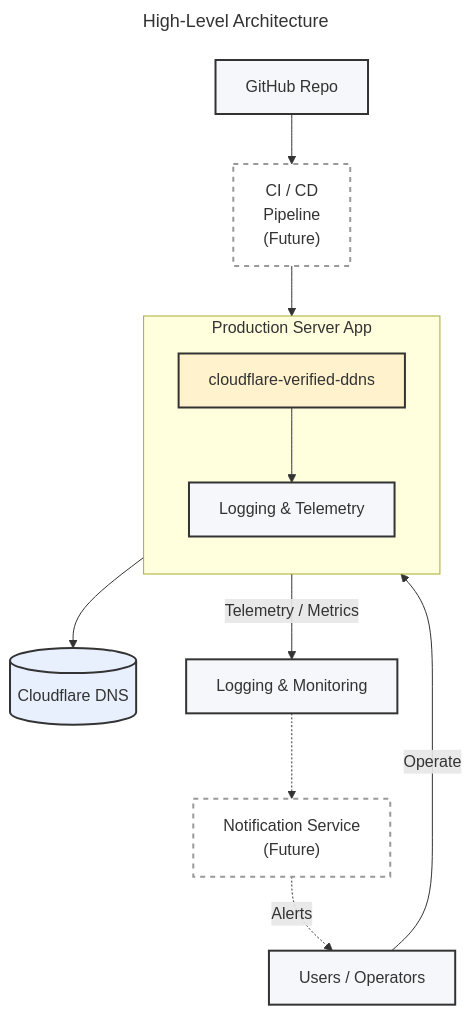
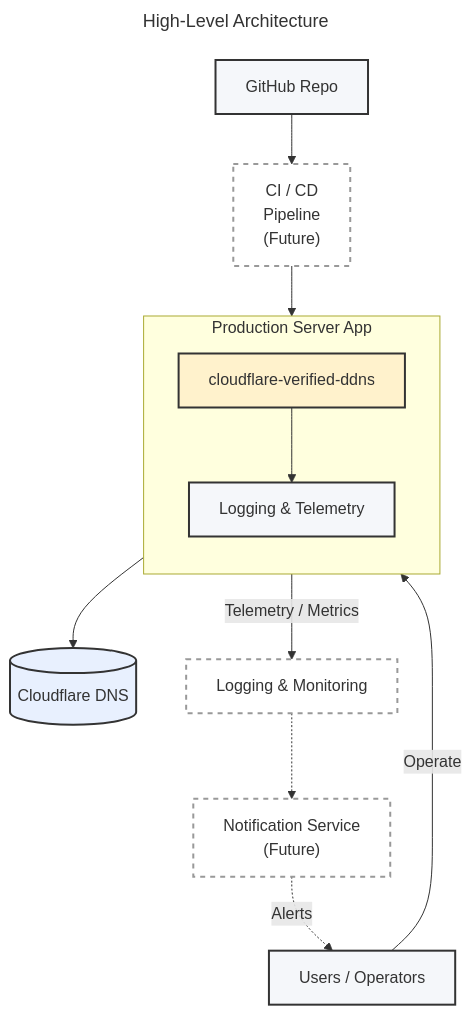
Before and after one commit to bkaewell/cloudflare-verified-ddns: the first of 12 diagrams in docs/ARCHITECTURE.md, drawn with Mermaid.

Commit message:
Experimenting with mermaid diagrams

````diff
--- a/docs/ARCHITECTURE.md
+++ b/docs/ARCHITECTURE.md
@@ -5,48 +5,48 @@
 ```mermaid
 ---
 title: High-Level Architecture
 ---
 flowchart TB
     %% Users & Repo
     USERS[Users / Operators]
     REPO[GitHub Repo]
     CICD["CI / CD<br/>Pipeline<br/>(Future)"]
 
     %% Host + Deployed Software
     subgraph APPBOX["Production Server App"]
         direction TB
         DDNS[cloudflare-verified-ddns]
         TLOG[Logging & Telemetry]
     end
 
     %% External Systems
     CF[(Cloudflare DNS)]
     LOGS[Logging & Monitoring]
     NOTIFY["Notification Service<br/>(Future)"]
 
     %% Core Flow
     USERS -->|Operate| DDNS
 
     REPO --> CICD
     CICD --> DDNS
     DDNS --> CF
 
     %% Observability & Feedback
     DDNS --> TLOG
     TLOG -->|Telemetry / Metrics| LOGS
     LOGS -.-> NOTIFY
     NOTIFY -.->|Alerts| USERS    
 
 
     %% Styling
     classDef core fill:#fff2cc,stroke:#333,stroke-width:2px;
     classDef neutral fill:#f5f7fa,stroke:#333,stroke-width:2px;
     classDef cloud fill:#e8f0fe,stroke:#333,stroke-width:2px;
     classDef future fill:#ffffff,stroke:#999,stroke-width:2px,stroke-dasharray: 5 5;
 
     class DDNS core;
     class TLOG neutral;
-    class REPO,USERS,LOGS neutral;
+    class REPO,USERS neutral;
     class CF cloud;
-    class CICD,NOTIFY future;
+    class CICD,LOGS,NOTIFY future;
 ```
````
